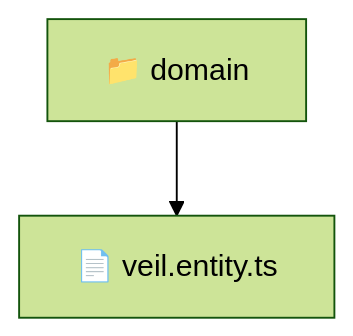
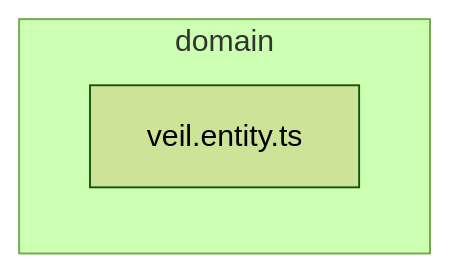
The diagram in backend/src/modules/veil/domain/README.md (beginwebdev2002/fullstack-mavluda), drawn with Mermaid (forest theme) before and after one commit. The commit also changed other lines of this file and 163 other files, not shown here.

````diff
--- a/backend/src/modules/veil/domain/README.md
+++ b/backend/src/modules/veil/domain/README.md
@@ -9,5 +15,6 @@
 ```mermaid
 graph TD
-  Root["📁 domain"]
-  Root --> veil_entity_ts["📄 veil.entity.ts"]
+  subgraph domain
+    veil_entity_ts["veil.entity.ts"]
+  end
 ```
````
